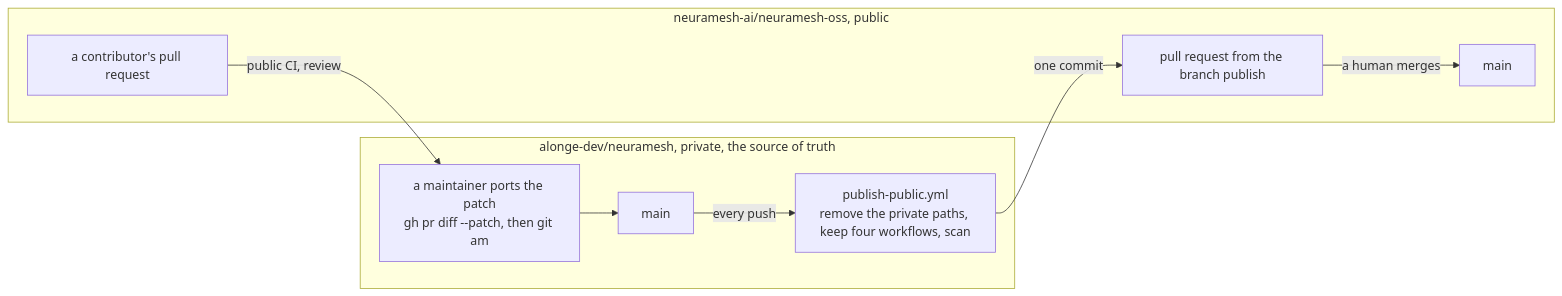
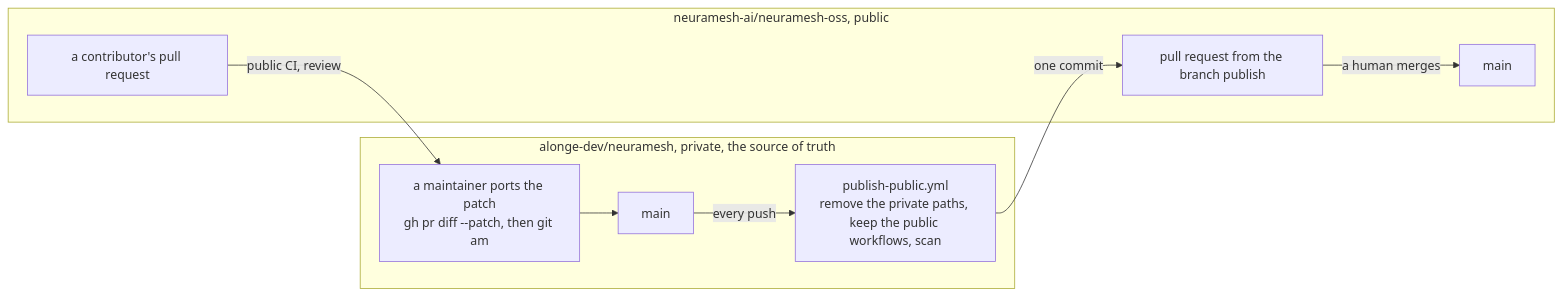
One commit to neuramesh-ai/neuramesh-oss changed the first of 3 diagrams in docs/43-public-repository.md. Above: the diagram before and after it, drawn with Mermaid. The commit also changed other lines of this file and 151 other files, not shown here.

````diff
--- a/docs/43-public-repository.md
+++ b/docs/43-public-repository.md
@@ -55,15 +63,15 @@
 ```mermaid
 flowchart LR
   subgraph private["alonge-dev/neuramesh, private, the source of truth"]
     main["main"]
-    job["publish-public.yml<br/>remove the private paths, keep four workflows, scan"]
+    job["publish-public.yml<br/>remove the private paths, keep the public workflows, scan"]
     port["a maintainer ports the patch<br/>gh pr diff --patch, then git am"]
   end
   subgraph public["neuramesh-ai/neuramesh-oss, public"]
     pr["pull request from the branch publish"]
     pmain["main"]
     cpr["a contributor's pull request"]
   end
   main -- "every push" --> job -- "one commit" --> pr -- "a human merges" --> pmain
   cpr -- "public CI, review" --> port --> main
 ```
````
